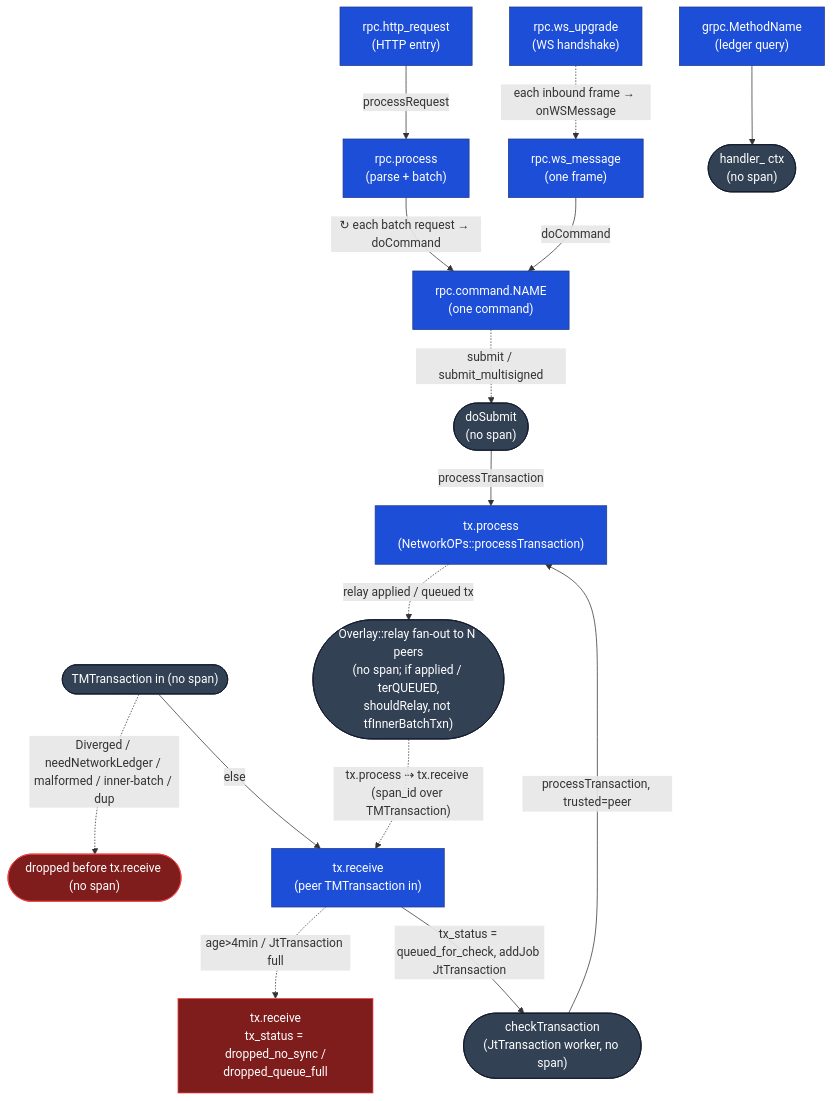
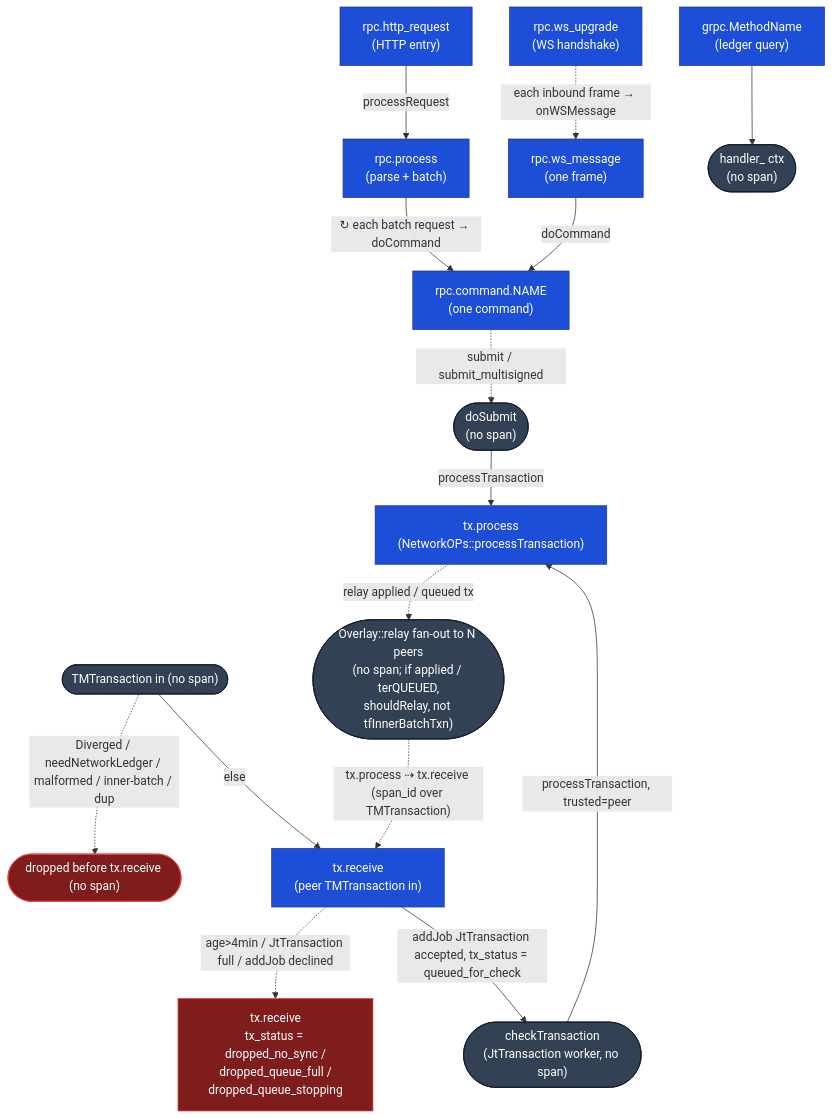
Before and after one commit to XRPLF/rippled: the second of 10 diagrams in docs/telemetry-runbook.md, drawn with Mermaid. The commit also changed other lines of this file, not shown here.

First line of the commit message:
docs(telemetry): Document the tx.receive parent rule and new tx_status

````diff
--- a/docs/telemetry-runbook.md
+++ b/docs/telemetry-runbook.md
@@ -587,39 +587,39 @@
 ```mermaid
 flowchart TB
     classDef span fill:#1d4ed8,stroke:#1e3a8a,color:#fff;
     classDef plain fill:#334155,stroke:#0f172a,color:#fff;
     classDef drop fill:#7f1d1d,stroke:#ef4444,color:#fff;
 
     HTTP["rpc.http_request<br/>(HTTP entry)"]:::span
     PROC["rpc.process<br/>(parse + batch)"]:::span
     CMD["rpc.command.NAME<br/>(one command)"]:::span
     WSU["rpc.ws_upgrade<br/>(WS handshake)"]:::span
     WSM["rpc.ws_message<br/>(one frame)"]:::span
     GRPC["grpc.MethodName<br/>(ledger query)"]:::span
     GH(["handler_ ctx<br/>(no span)"]):::plain
     SUBMIT(["doSubmit<br/>(no span)"]):::plain
     TXP["tx.process<br/>(NetworkOPs::processTransaction)"]:::span
     RELAYOUT(["Overlay::relay fan-out to N peers<br/>(no span; if applied / terQUEUED,<br/>shouldRelay, not tfInnerBatchTxn)"]):::plain
     PREDROP(["dropped before tx.receive (no span)"]):::drop
     RCV["tx.receive<br/>(peer TMTransaction in)"]:::span
-    RCVDROP["tx.receive<br/>tx_status = dropped_no_sync /<br/>dropped_queue_full"]:::drop
+    RCVDROP["tx.receive<br/>tx_status = dropped_no_sync /<br/>dropped_queue_full /<br/>dropped_queue_stopping"]:::drop
     CHK(["checkTransaction<br/>(JtTransaction worker, no span)"]):::plain
     PRELAY_IN(["TMTransaction in (no span)"]):::plain
 
     HTTP -->|processRequest| PROC
     PROC -->|↻ each batch request → doCommand| CMD
     WSU -. "each inbound frame → onWSMessage" .-> WSM
     WSM -->|doCommand| CMD
     GRPC --> GH
     CMD -.->|submit / submit_multisigned| SUBMIT
     SUBMIT -->|processTransaction| TXP
     TXP -.->|relay applied / queued tx| RELAYOUT
 
     PRELAY_IN -.->|Diverged / needNetworkLedger / malformed / inner-batch / dup| PREDROP
     PRELAY_IN -->|else| RCV
-    RCV -.->|age>4min / JtTransaction full| RCVDROP
-    RCV -->|tx_status = queued_for_check, addJob JtTransaction| CHK
+    RCV -.->|age>4min / JtTransaction full / addJob declined| RCVDROP
+    RCV -->|addJob JtTransaction accepted, tx_status = queued_for_check| CHK
     CHK -->|processTransaction, trusted=peer| TXP
 
     RELAYOUT -. "tx.process ⇢ tx.receive (span_id over TMTransaction)" .-> RCV
 ```
````
